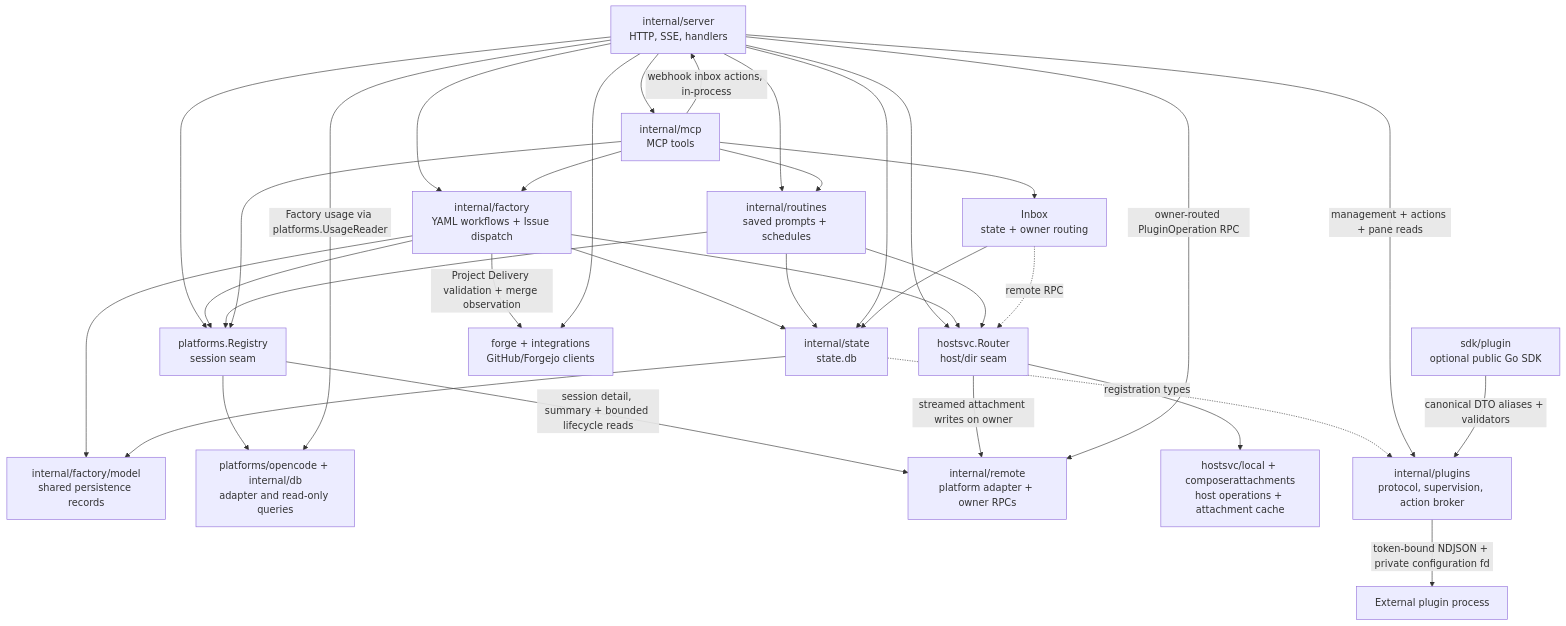
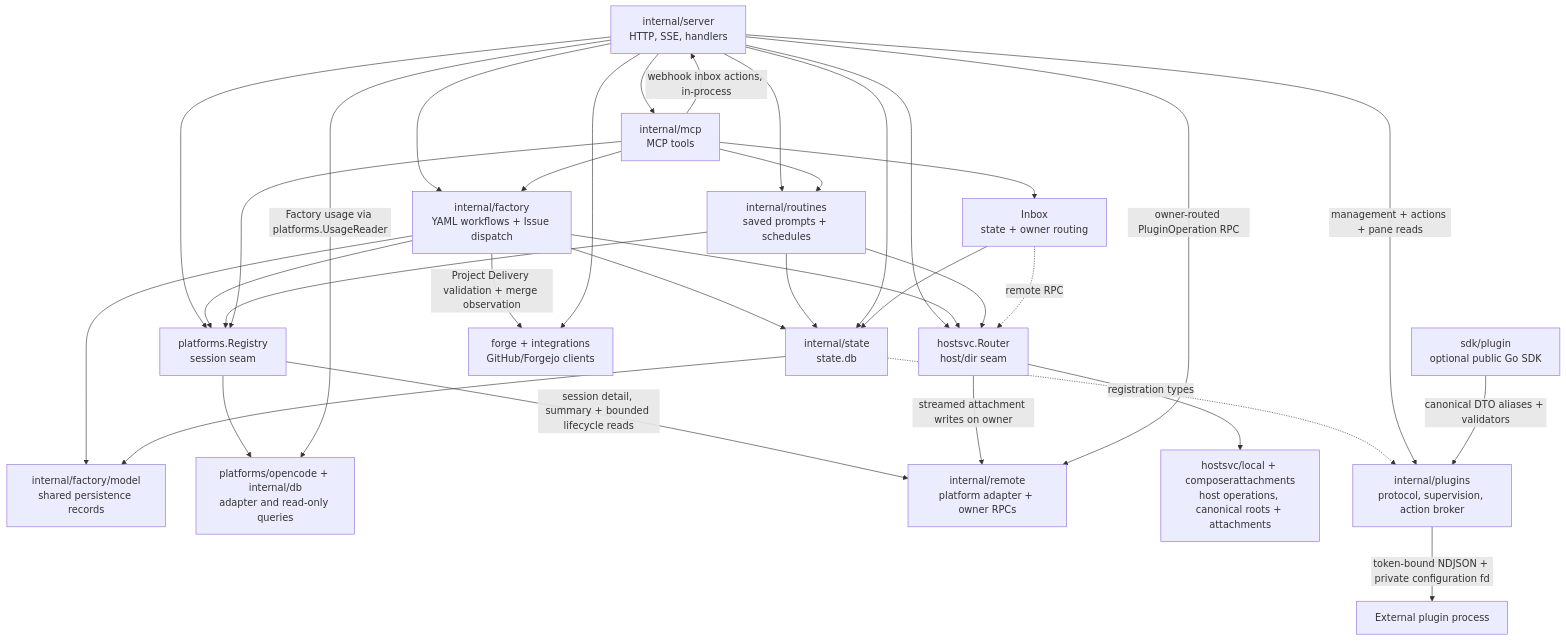
The third of 5 diagrams in docs/other/architecture.md (ocman/ocman), drawn with Mermaid before and after one commit. The commit also changed other lines of this file and 65 other files, not shown here.

````diff
--- a/docs/other/architecture.md
+++ b/docs/other/architecture.md
@@ -145,36 +145,36 @@
 ```mermaid
 flowchart TD
     Server[internal/server<br/>HTTP, SSE, handlers] --> Registry[platforms.Registry<br/>session seam]
     Server --> Router[hostsvc.Router<br/>host/dir seam]
     Server --> Routines[internal/routines<br/>saved prompts + schedules]
     Server --> Factory[internal/factory<br/>YAML workflows + Issue dispatch]
     Factory --> FactoryModel[internal/factory/model<br/>shared persistence records]
     Factory --> State
     State --> FactoryModel
     Factory --> Registry
     Factory --> Router
     Factory -->|Project Delivery validation + merge observation| Forge
     Routines --> Registry
     Routines --> Router
     Routines --> State
     Server --> MCP[internal/mcp<br/>MCP tools]
     MCP --> Factory
     MCP --> Inbox[Inbox<br/>state + owner routing]
     MCP --> Routines
     MCP -->|webhook inbox actions, in-process| Server
     MCP --> Registry
     Registry --> OC[platforms/opencode + internal/db<br/>adapter and read-only queries]
     Server -->|Factory usage via platforms.UsageReader| OC
     Registry -->|session detail, summary + bounded lifecycle reads| RP[internal/remote<br/>platform adapter + owner RPCs]
-    Router --> Local[hostsvc/local + composerattachments<br/>host operations + attachment cache]
+    Router --> Local[hostsvc/local + composerattachments<br/>host operations, canonical roots + attachments]
     Router -->|streamed attachment writes on owner| RP
     Server --> State[internal/state<br/>state.db]
     Inbox --> State
     Inbox -.->|remote RPC| Router
     Server --> Forge[forge + integrations<br/>GitHub/Forgejo clients]
     State -.->|registration types| Plugins[internal/plugins<br/>protocol, supervision, action broker]
     Server -->|management + actions + pane reads| Plugins
     Plugins -->|token-bound NDJSON + private configuration fd| PluginExec[External plugin process]
     Server -->|owner-routed PluginOperation RPC| RP
     PluginSDK[sdk/plugin<br/>optional public Go SDK] -->|canonical DTO aliases + validators| Plugins
 ```
````
